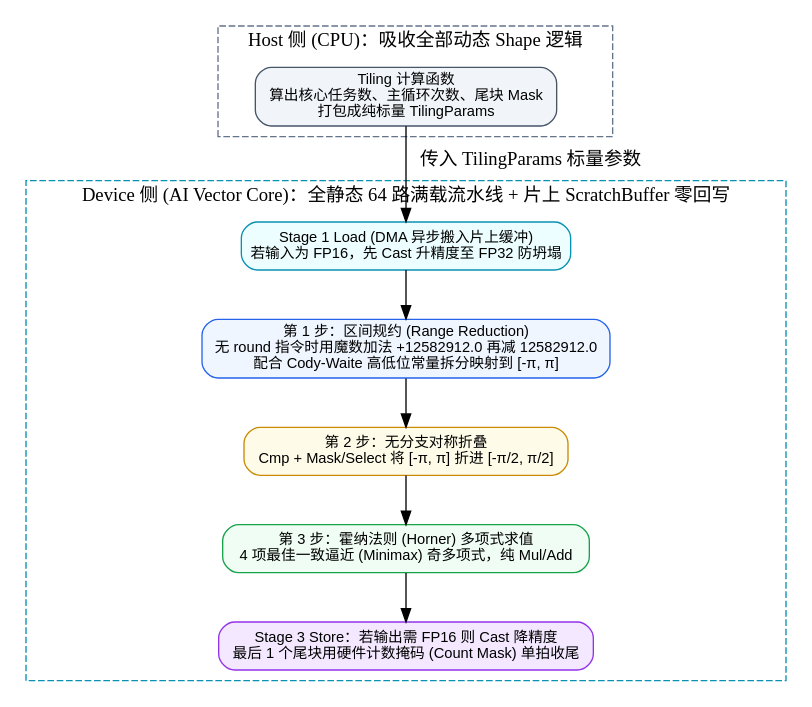
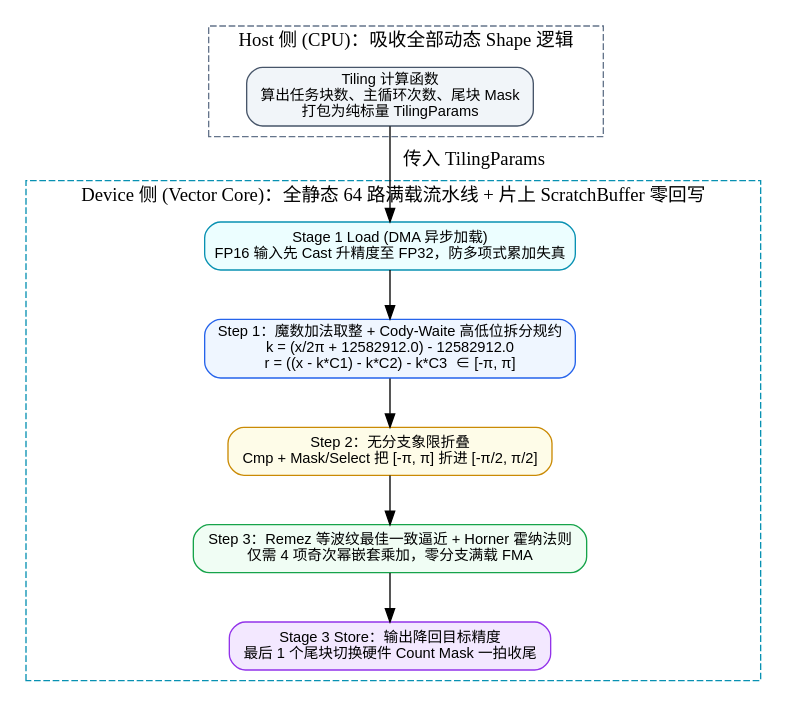
The seventh of 10 diagrams in src/content/posts/cpu-npu-operator-optimization-bithacks-numerical-codesign-guide.md (hqu-little-boy/blog), drawn with Graphviz before and after one commit. The commit also changed other lines of this file, not shown here.

````diff
--- a/src/content/posts/cpu-npu-operator-optimization-bithacks-numerical-codesign-guide.md
+++ b/src/content/posts/cpu-npu-operator-optimization-bithacks-numerical-codesign-guide.md
@@ -507,29 +550,29 @@
 ```dot
-digraph SinCosPipeline {
+digraph SinCosDeepPipeline {
     rankdir=TB;
     node [shape=box, style="filled,rounded", fontname="sans-serif", fontsize=11];
 
     subgraph cluster_host {
         label="Host 侧 (CPU)：吸收全部动态 Shape 逻辑";
         style=dashed;
         color="#64748b";
-        H1 [label="Tiling 计算函数\n算出核心任务数、主循环次数、尾块 Mask\n打包成纯标量 TilingParams", fillcolor="#f1f5f9", color="#475569"];
+        H1 [label="Tiling 计算函数\n算出任务块数、主循环次数、尾块 Mask\n打包为纯标量 TilingParams", fillcolor="#f1f5f9", color="#475569"];
     }
 
     subgraph cluster_device {
-        label="Device 侧 (AI Vector Core)：全静态 64 路满载流水线 + 片上 ScratchBuffer 零回写";
+        label="Device 侧 (Vector Core)：全静态 64 路满载流水线 + 片上 ScratchBuffer 零回写";
         style=dashed;
         color="#0891b2";
 
-        D0 [label="Stage 1 Load (DMA 异步搬入片上缓冲)\n若输入为 FP16，先 Cast 升精度至 FP32 防坍塌", fillcolor="#ecfeff", color="#0891b2"];
-        D1 [label="第 1 步：区间规约 (Range Reduction)\n无 round 指令时用魔数加法 +12582912.0 再减 12582912.0\n配合 Cody-Waite 高低位常量拆分映射到 [-π, π]", fillcolor="#eff6ff", color="#2563eb"];
-        D2 [label="第 2 步：无分支对称折叠\nCmp + Mask/Select 将 [-π, π] 折进 [-π/2, π/2]", fillcolor="#fefce8", color="#ca8a04"];
-        D3 [label="第 3 步：霍纳法则 (Horner) 多项式求值\n4 项最佳一致逼近 (Minimax) 奇多项式，纯 Mul/Add", fillcolor="#f0fdf4", color="#16a34a"];
-        D4 [label="Stage 3 Store：若输出需 FP16 则 Cast 降精度\n最后 1 个尾块用硬件计数掩码 (Count Mask) 单拍收尾", fillcolor="#f3e8ff", color="#9333ea"];
+        D0 [label="Stage 1 Load (DMA 异步加载)\nFP16 输入先 Cast 升精度至 FP32，防多项式累加失真", fillcolor="#ecfeff", color="#0891b2"];
+        D1 [label="Step 1：魔数加法取整 + Cody-Waite 高低位拆分规约\nk = (x/2π + 12582912.0) - 12582912.0\nr = ((x - k*C1) - k*C2) - k*C3  ∈ [-π, π]", fillcolor="#eff6ff", color="#2563eb"];
+        D2 [label="Step 2：无分支象限折叠\nCmp + Mask/Select 把 [-π, π] 折进 [-π/2, π/2]", fillcolor="#fefce8", color="#ca8a04"];
+        D3 [label="Step 3：Remez 等波纹最佳一致逼近 + Horner 霍纳法则\n仅需 4 项奇次幂嵌套乘加，零分支满载 FMA", fillcolor="#f0fdf4", color="#16a34a"];
+        D4 [label="Stage 3 Store：输出降回目标精度\n最后 1 个尾块切换硬件 Count Mask 一拍收尾", fillcolor="#f3e8ff", color="#9333ea"];
 
         D0 -> D1 -> D2 -> D3 -> D4;
     }
 
-    H1 -> D0 [label="传入 TilingParams 标量参数"];
+    H1 -> D0 [label="传入 TilingParams"];
 }
 ```
````
